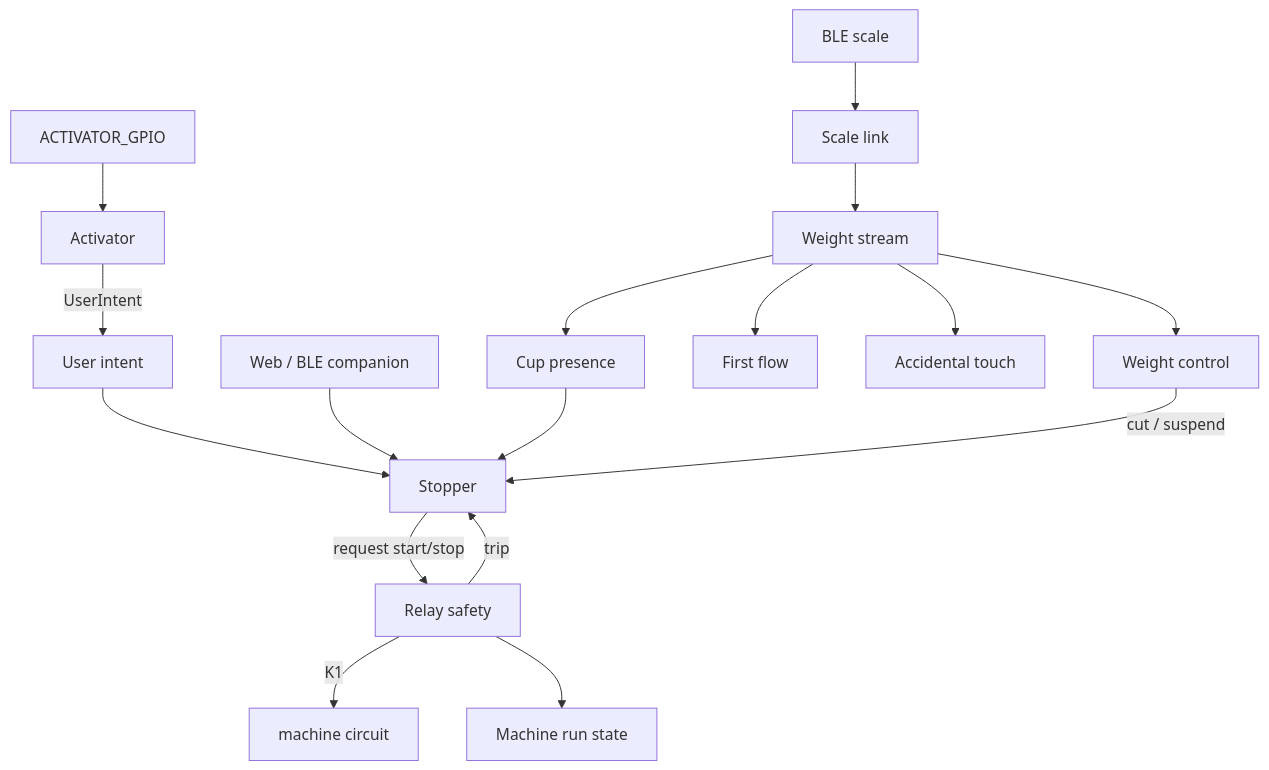
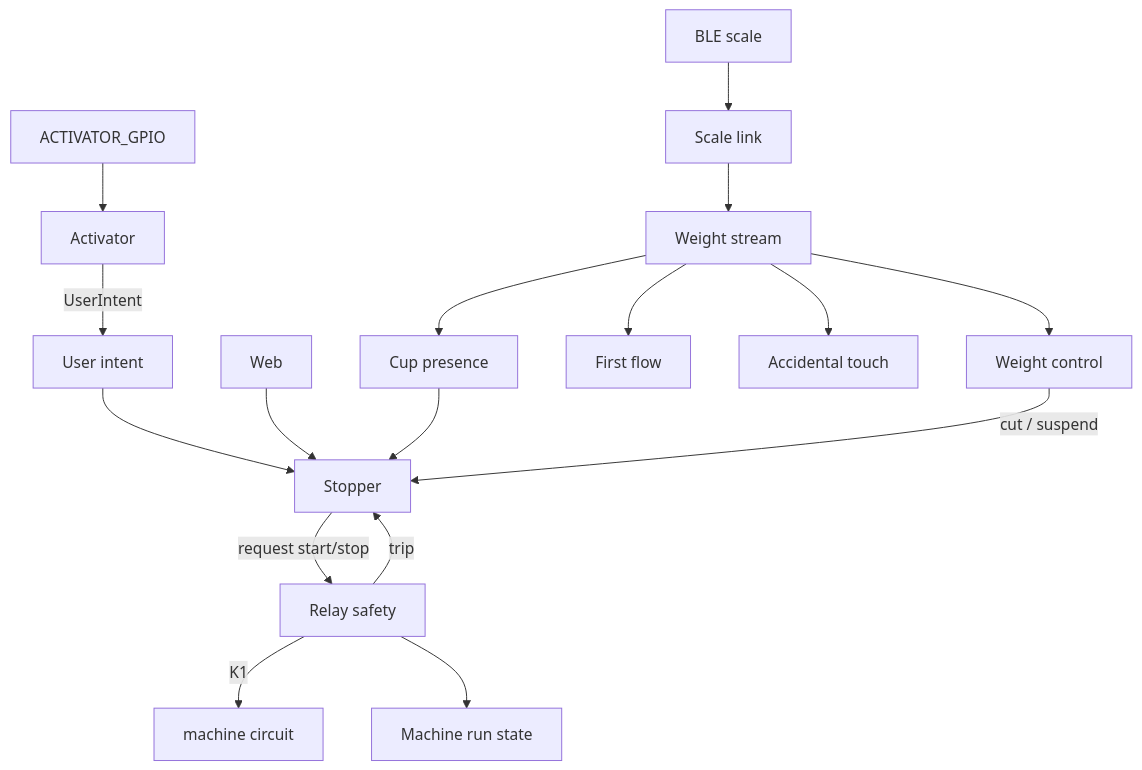
The diagram in docs/STATE_MACHINES.md (Cheerpipe/Advanced-Shot-Stopper), drawn with Mermaid before and after one commit. The commit also changed other lines of this file and 58 other files, not shown here.

````diff
--- a/docs/STATE_MACHINES.md
+++ b/docs/STATE_MACHINES.md
@@ -71,19 +71,19 @@
 ```mermaid
 flowchart TB
   gpio[ACTIVATOR_GPIO] --> activator[Activator]
   activator -->|UserIntent| intent[User intent]
   intent --> stopper[Stopper]
-  web[Web / BLE companion] --> stopper
+  web[Web] --> stopper
   stopper -->|request start/stop| safety[Relay safety]
   safety -->|K1| circuit[machine circuit]
   safety --> run[Machine run state]
   ble[BLE scale] --> link[Scale link]
   link --> stream[Weight stream]
   stream --> cup[Cup presence]
   stream --> flow[First flow]
   stream --> touch[Accidental touch]
   stream --> wctl[Weight control]
   cup --> stopper
   wctl -->|cut / suspend| stopper
   safety -->|trip| stopper
 ```
````
